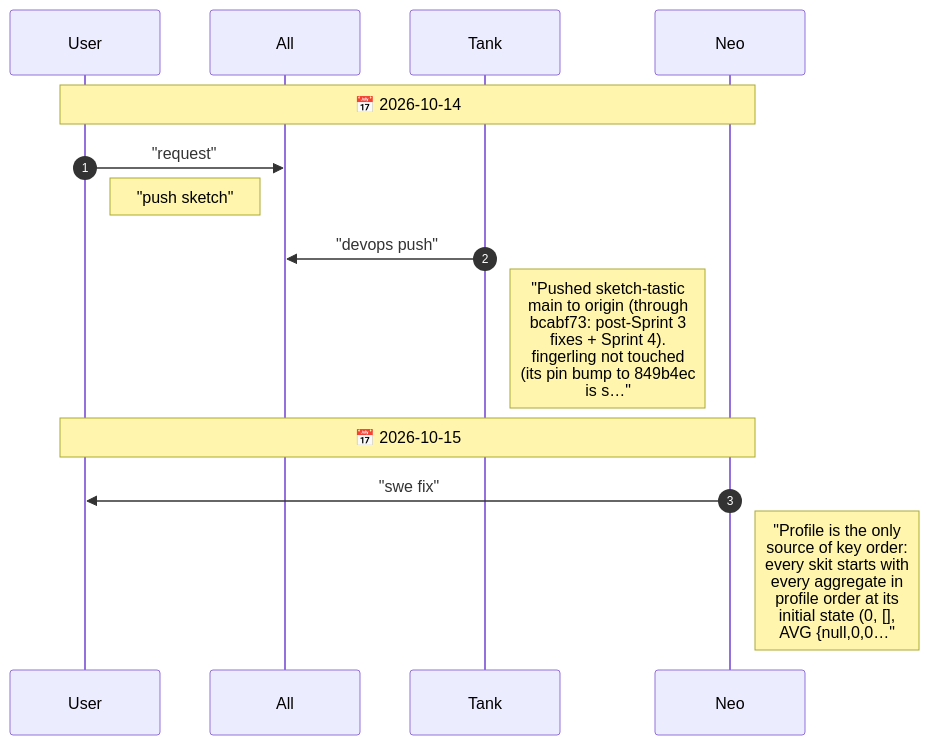
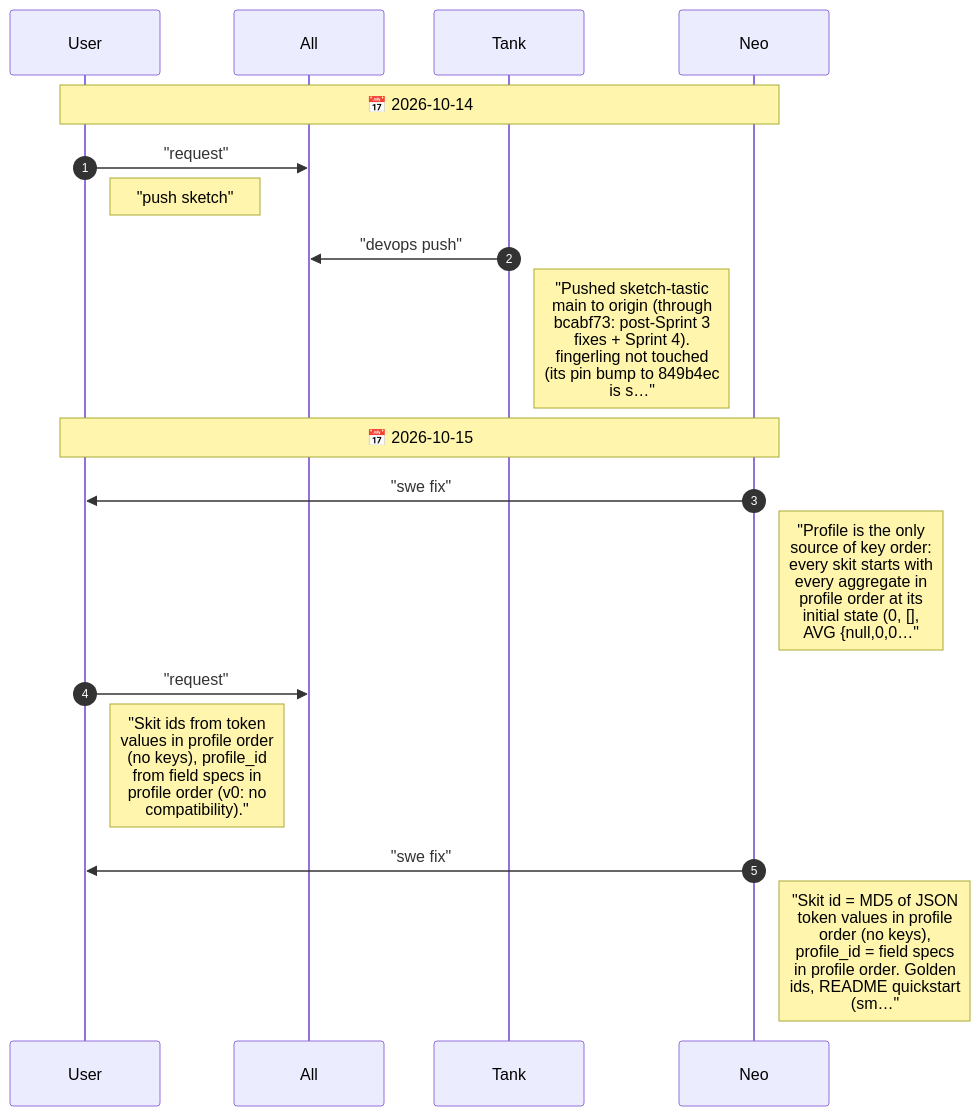
One commit to drusifer/sketch-tastic changed the diagram in agents/CHAT.diagram.md. Above: the diagram before and after it, drawn with Mermaid. The commit also changed 9 other files, not shown here.

First line of the commit message:
fix!: hash skit ids from token values in profile order

````diff
--- a/agents/CHAT.diagram.md
+++ b/agents/CHAT.diagram.md
@@ -5,17 +5,21 @@
 ```mermaid
 %%{init: {"sequence": {"messageFontSize": 14, "noteFontSize": 18, "actorFontSize": 14}}}%%
 sequenceDiagram
     autonumber
     participant User
     participant All
     participant Tank
     participant Neo
     Note over User,Neo: 📅 2026-10-14
     User->>All: "request"
     Note right of User: "push sketch"
     Tank->>All: "devops push"
     Note right of Tank: "Pushed sketch-tastic<br/>main to origin (through<br/>bcabf73: post-Sprint 3<br/>fixes + Sprint 4).<br/>fingerling not touched<br/>(its pin bump to 849b4ec<br/>is s…"
     Note over User,Neo: 📅 2026-10-15
     Neo->>User: "swe fix"
     Note right of Neo: "Profile is the only<br/>source of key order:<br/>every skit starts with<br/>every aggregate in<br/>profile order at its<br/>initial state (0, [],<br/>AVG {null,0,0…"
+    User->>All: "request"
+    Note right of User: "Skit ids from token<br/>values in profile order<br/>(no keys), profile_id<br/>from field specs in<br/>profile order (v0: no<br/>compatibility)."
+    Neo->>User: "swe fix"
+    Note right of Neo: "Skit id = MD5 of JSON<br/>token values in profile<br/>order (no keys),<br/>profile_id = field specs<br/>in profile order. Golden<br/>ids, README quickstart<br/>(sm…"
 ```
````
